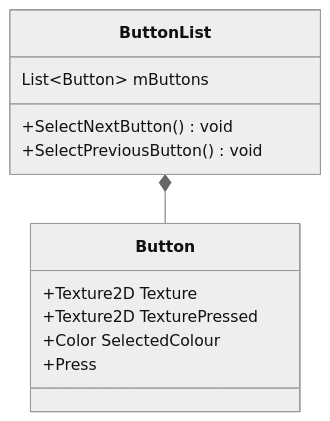
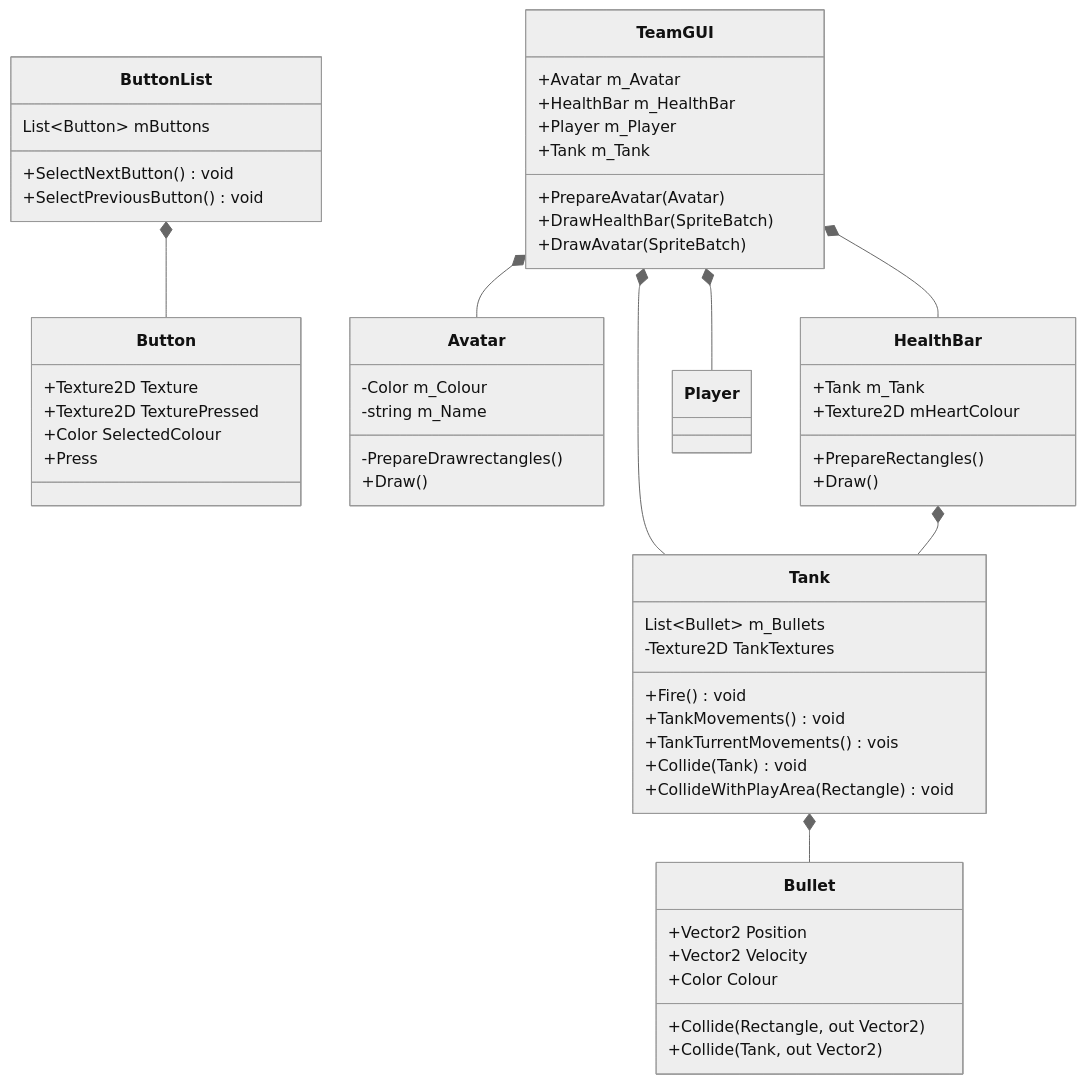
The second of 2 diagrams in README.md (Spoingus/TroublesomeTanks_CDP), drawn with Mermaid (neutral theme) before and after one commit.

````diff
--- a/README.md
+++ b/README.md
@@ -45,16 +45,63 @@
 ```mermaid
 classDiagram
     ButtonList *-- Button
     class ButtonList{
         List~Button~ mButtons
         +SelectNextButton() void
         +SelectPreviousButton() void
     }
     class Button{
         +Texture2D Texture
         +Texture2D TexturePressed
         +Color SelectedColour
         +Press
     }
+
+    TeamGUI *-- Avatar
+    TeamGUI *-- HealthBar
+    TeamGUI *-- Player
+    TeamGUI *-- Tank
+    HealthBar *-- Tank
+    class TeamGUI{
+        +Avatar m_Avatar
+        +HealthBar m_HealthBar
+        +Player m_Player
+        +Tank m_Tank
+        +PrepareAvatar(Avatar)
+        +DrawHealthBar(SpriteBatch)
+        +DrawAvatar(SpriteBatch)
+    }
+    class Avatar{
+        -Color m_Colour
+        -string m_Name
+        -PrepareDrawrectangles()
+        +Draw()
+    }
+    class HealthBar{
+        +Tank m_Tank
+        +Texture2D mHeartColour
+        +PrepareRectangles()
+        +Draw()
+    }
+    class Player{
+
+    }
+    Tank *-- Bullet
+    class Tank{
+        List~Bullet~ m_Bullets
+        -Texture2D TankTextures
+        +Fire() void
+        +TankMovements() void
+        +TankTurrentMovements() vois
+        +Collide(Tank) void
+        +CollideWithPlayArea(Rectangle) void
+    }
+    class Bullet{
+        +Vector2 Position
+        +Vector2 Velocity
+        +Color Colour
+        +Collide(Rectangle, out Vector2)
+        +Collide(Tank, out Vector2)
+    }
    
 ```
````
